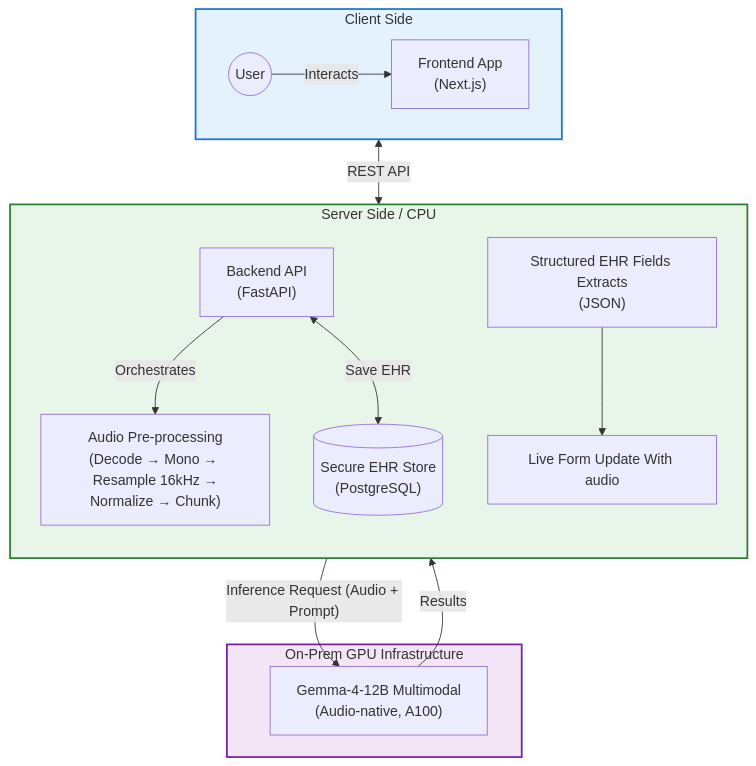
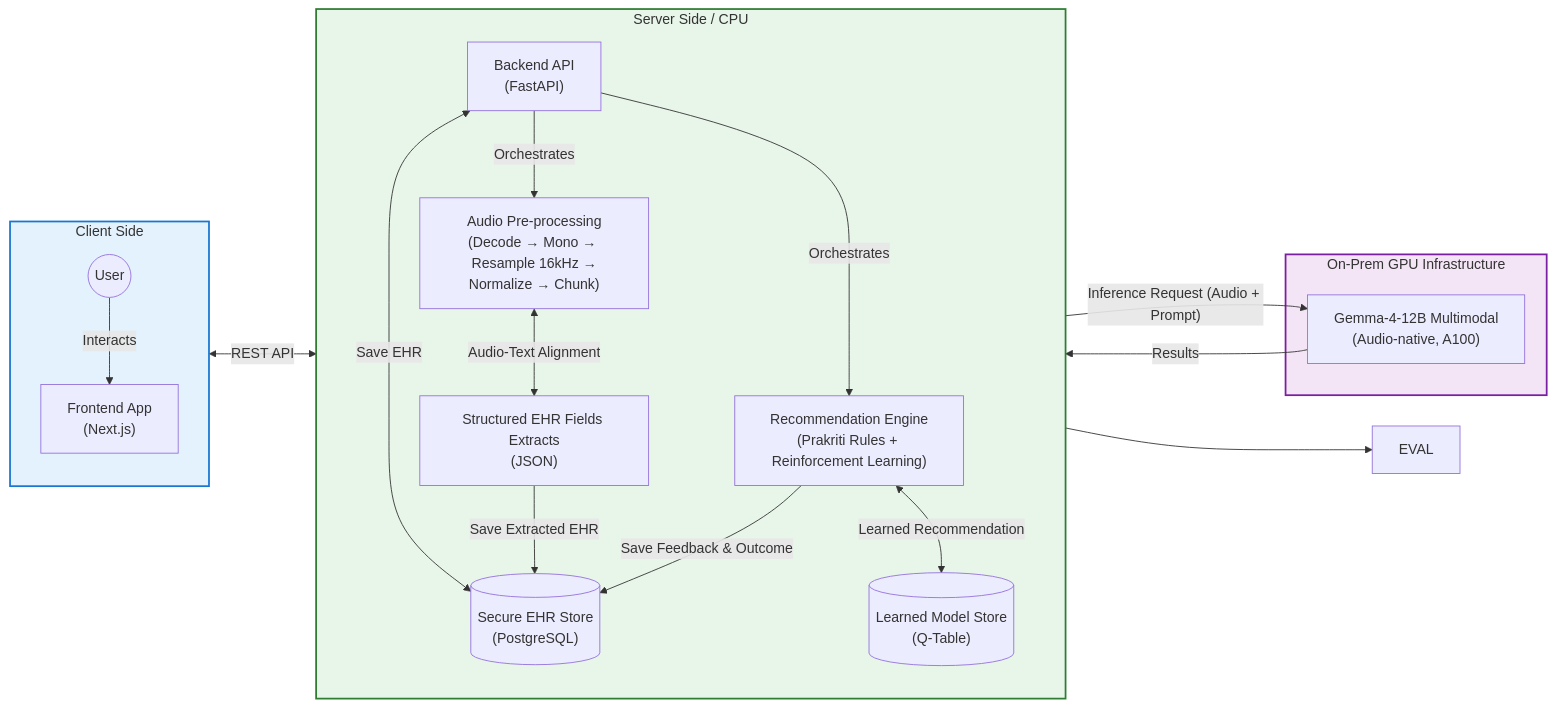
The fourth of 4 diagrams in PPT_CONTEXT.md (s4ai-io/ayush-indiaai), drawn with Mermaid before and after one commit. The commit also changed 10 other files, not shown here.

````diff
--- a/PPT_CONTEXT.md
+++ b/PPT_CONTEXT.md
@@ -245,33 +245,42 @@
 ```mermaid
-flowchart TB
+---
+config:
+  layout: dagre
+---
+flowchart LR
  subgraph CLIENT["Client Side"]
-    direction LR
+    direction TB
         USER(("User"))
         FE["Frontend App<br>(Next.js)"]
   end
  subgraph SERVER["Server Side / CPU"]
     direction TB
         API["Backend API<br>(FastAPI)"]
         PRE["Audio Pre-processing<br>(Decode → Mono → Resample 16kHz →<br>Normalize → Chunk)"]
         DB[("Secure EHR Store<br>(PostgreSQL)")]
         JSON["Structured EHR Fields Extracts<br>(JSON)"]
-        EVAL["Live Form Update With audio"]
+        REC["Recommendation Engine<br>(Prakriti Rules + Reinforcement Learning)"]
+        MODEL[("Learned Model Store<br>(Q-Table)")]
   end
  subgraph GPU["On-Prem GPU Infrastructure"]
         GEMMA["Gemma-4-12B Multimodal<br>(Audio-native, A100)"]
   end
     USER -- Interacts --> FE
     FE <-- REST API --> API
-    API -- Orchestrates --> PRE
+    API -- Orchestrates --> PRE & REC
     API <-- Save EHR --> DB
     PRE -- Inference Request (Audio + Prompt) --> GEMMA
     GEMMA -- Results --> JSON
-    JSON --> EVAL
+    PRE <-- "Audio-Text Alignment" --> JSON
+    JSON -- Save Extracted EHR --> DB
+    JSON --> EVAL["EVAL"]
+    REC <-- Learned Recommendation --> MODEL
+    REC -- Save Feedback & Outcome --> DB
 
     classDef clientStyle fill:#e3f2fd,stroke:#1976d2,stroke-width:2px
     classDef serverStyle fill:#e8f5e9,stroke:#2e7d32,stroke-width:2px
     classDef gpuStyle fill:#f3e5f5,stroke:#7b1fa2,stroke-width:2px
     class CLIENT clientStyle
     class SERVER serverStyle
     class GPU gpuStyle
 ```
````
